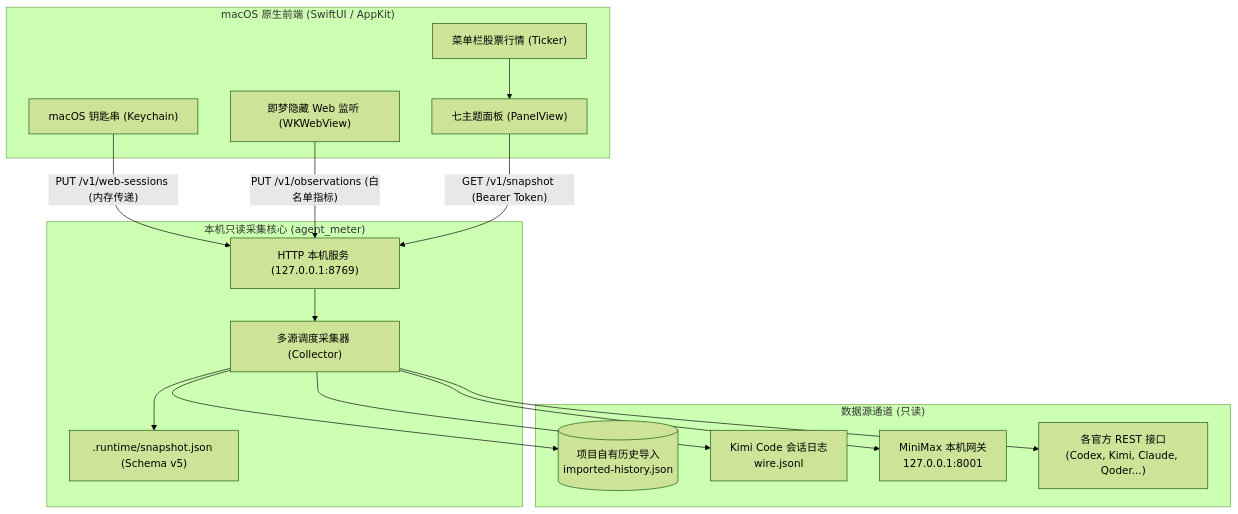
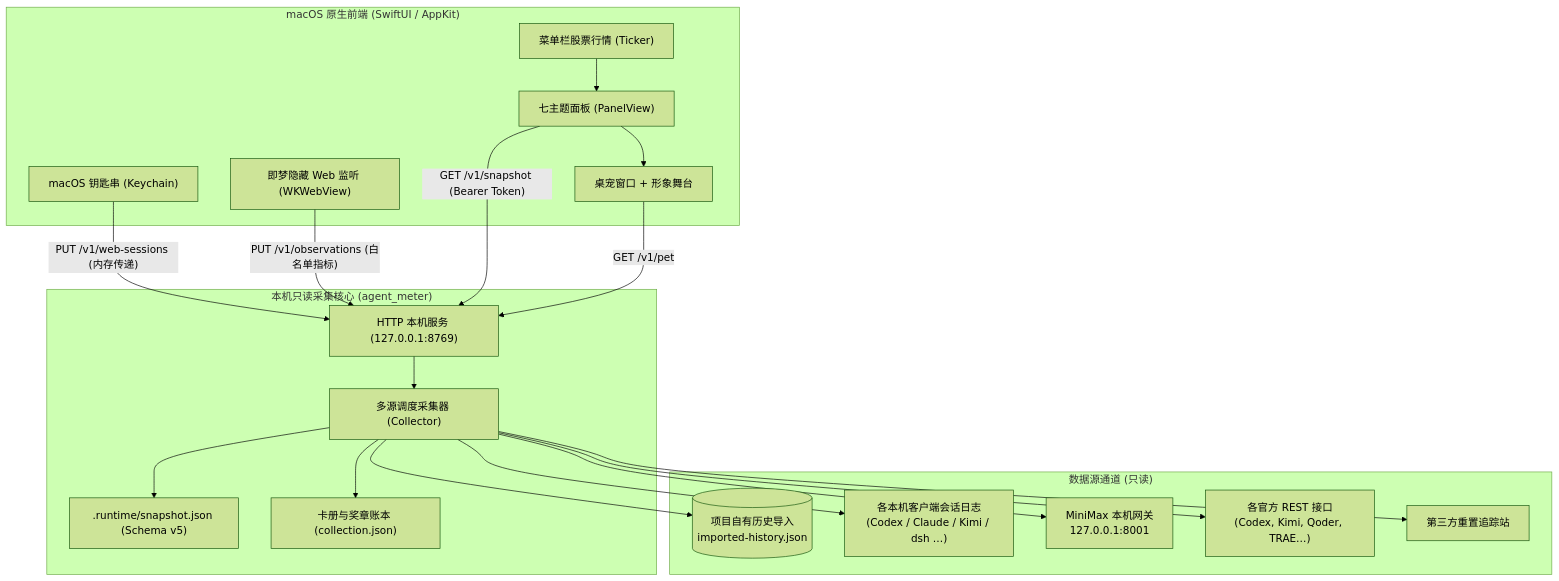
Before and after one commit to Gary23333/agent-meter: the diagram in README.md, drawn with Mermaid (forest theme). The commit also changed other lines of this file and 22 other files, not shown here.

````diff
--- a/README.md
+++ b/README.md
@@ -248,33 +281,40 @@
 ```mermaid
 flowchart TD
     subgraph macOS UI ["macOS 原生前端 (SwiftUI / AppKit)"]
         MB["菜单栏股票行情 (Ticker)"]
         PN["七主题面板 (PanelView)"]
+        PET["桌宠窗口 + 形象舞台"]
         KC["macOS 钥匙串 (Keychain)"]
         WV["即梦隐藏 Web 监听 (WKWebView)"]
     end
 
     subgraph Core ["本机只读采集核心 (agent_meter)"]
         SRV["HTTP 本机服务 (127.0.0.1:8769)"]
         COLL["多源调度采集器 (Collector)"]
         SNAP[".runtime/snapshot.json (Schema v5)"]
+        CARD["卡册与奖章账本 (collection.json)"]
     end
 
     subgraph Sources ["数据源通道 (只读)"]
         S_HIST[("项目自有历史导入\nimported-history.json")]
-        S_LOG["Kimi Code 会话日志\nwire.jsonl"]
+        S_LOG["各本机客户端会话日志\n(Codex / Claude / Kimi / dsh …)"]
         S_GW["MiniMax 本机网关\n127.0.0.1:8001"]
-        S_NET["各官方 REST 接口\n(Codex, Kimi, Claude, Qoder...)"]
+        S_NET["各官方 REST 接口\n(Codex, Kimi, Qoder, TRAE…)"]
+        S_3RD["第三方重置追踪站"]
     end
 
     MB --> PN
+    PN --> PET
     KC --"PUT /v1/web-sessions (内存传递)"--> SRV
     WV --"PUT /v1/observations (白名单指标)"--> SRV
     PN --"GET /v1/snapshot (Bearer Token)"--> SRV
+    PET --"GET /v1/pet"--> SRV
     SRV --> COLL
     COLL --> S_HIST
     COLL --> S_LOG
     COLL --> S_GW
     COLL --> S_NET
+    COLL --> S_3RD
     COLL --> SNAP
+    COLL --> CARD
 ```
````
